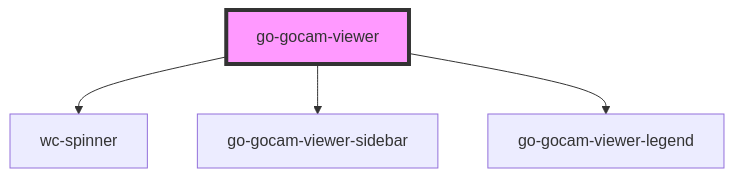
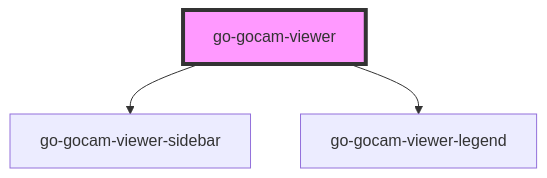
One commit to geneontology/web-components changed the diagram in src/components/gocam-viewer/readme.md. Above: the diagram before and after it, drawn with Mermaid. The commit also changed other lines of this file and 12 other files, not shown here.

````diff
--- a/src/components/gocam-viewer/readme.md
+++ b/src/components/gocam-viewer/readme.md
@@ -175,7 +174,6 @@
 ```mermaid
 graph TD;
-  go-gocam-viewer --> wc-spinner
   go-gocam-viewer --> go-gocam-viewer-sidebar
   go-gocam-viewer --> go-gocam-viewer-legend
   style go-gocam-viewer fill:#f9f,stroke:#333,stroke-width:4px
 ```
````
